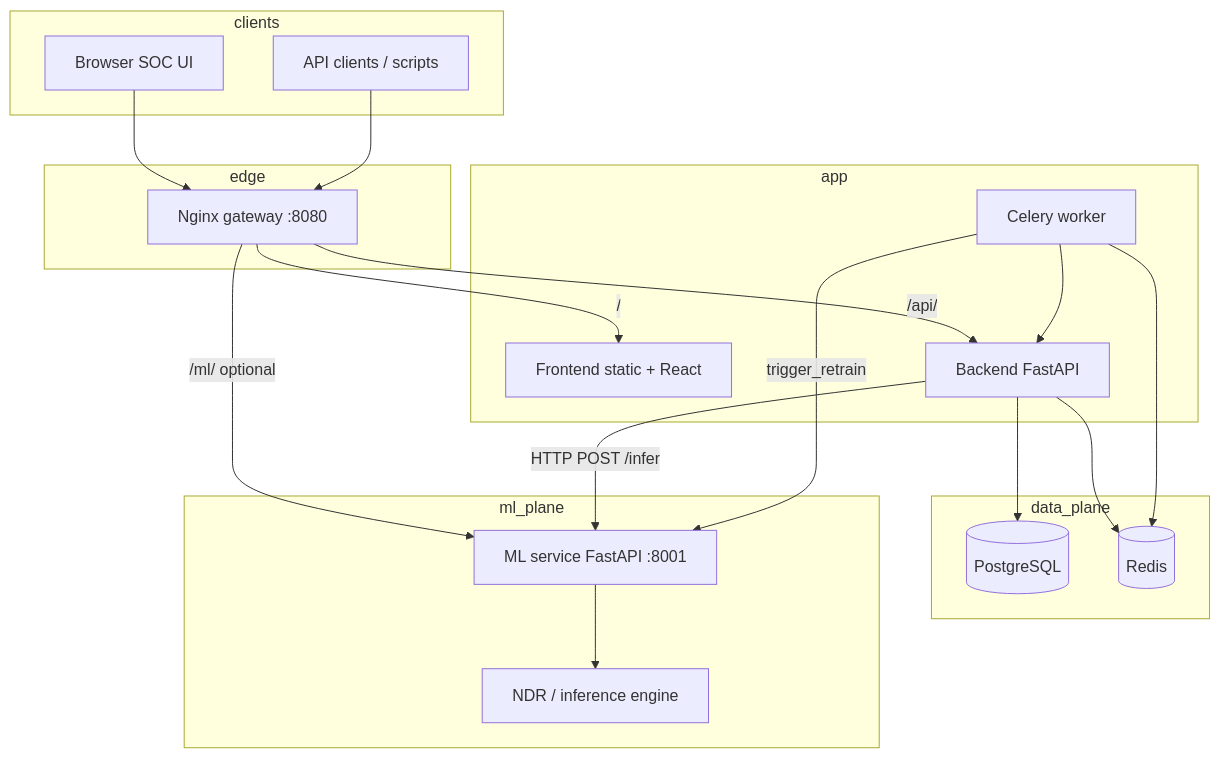
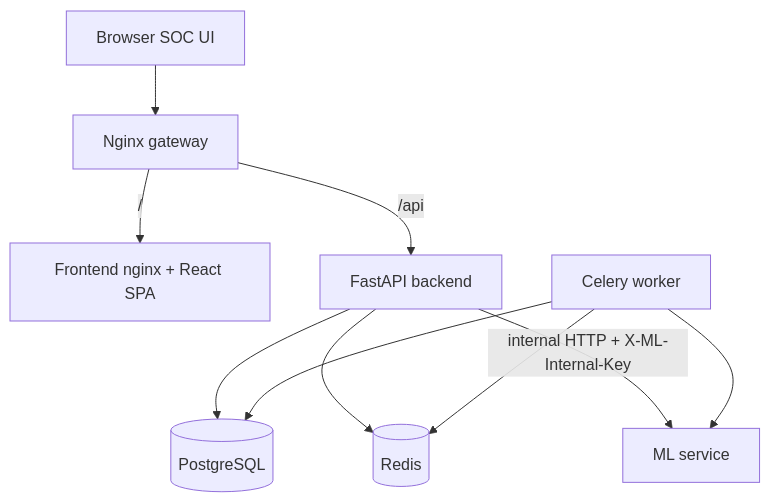
Before and after one commit to wessamsokar/OT-Security-Project: the first of 4 diagrams in README.md, drawn with Mermaid. The commit also changed other lines of this file and 166 other files, not shown here.

````diff
--- a/README.md
+++ b/README.md
@@ -22,40 +9,12 @@
 ```mermaid
 flowchart TB
-  subgraph clients
-    A[Browser SOC UI]
-    P[API clients / scripts]
-  end
-
-  subgraph edge
-    N[Nginx gateway :8080]
-  end
-
-  subgraph app
-    F[Frontend static + React]
-    B[Backend FastAPI]
-    W[Celery worker]
-  end
-
-  subgraph data_plane
-    PG[(PostgreSQL)]
-    RD[(Redis)]
-  end
-
-  subgraph ml_plane
-    M[ML service FastAPI :8001]
-    ME[NDR / inference engine]
-  end
-
-  A --> N
-  P --> N
-  N -->|"/"| F
-  N -->|"/api/"| B
-  N -->|"/ml/" optional| M
-  B --> PG
-  B --> RD
-  B -->|HTTP POST /infer| M
-  M --> ME
-  W --> RD
-  W --> B
-  W -->|trigger_retrain| M
+  Browser[Browser SOC UI] --> Gateway[Nginx gateway]
+  Gateway -->|/| Frontend[Frontend nginx + React SPA]
+  Gateway -->|/api| Backend[FastAPI backend]
+  Backend --> Postgres[(PostgreSQL)]
+  Backend --> Redis[(Redis)]
+  Backend -->|internal HTTP + X-ML-Internal-Key| ML[ML service]
+  Worker[Celery worker] --> Redis
+  Worker --> ML
+  Worker --> Postgres
 ```
````
